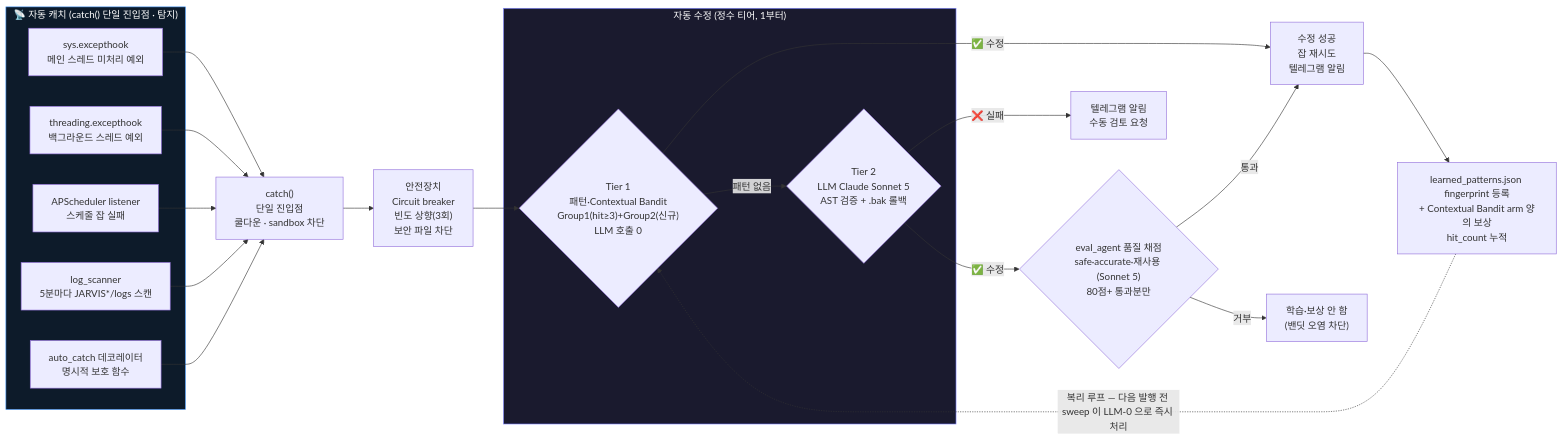
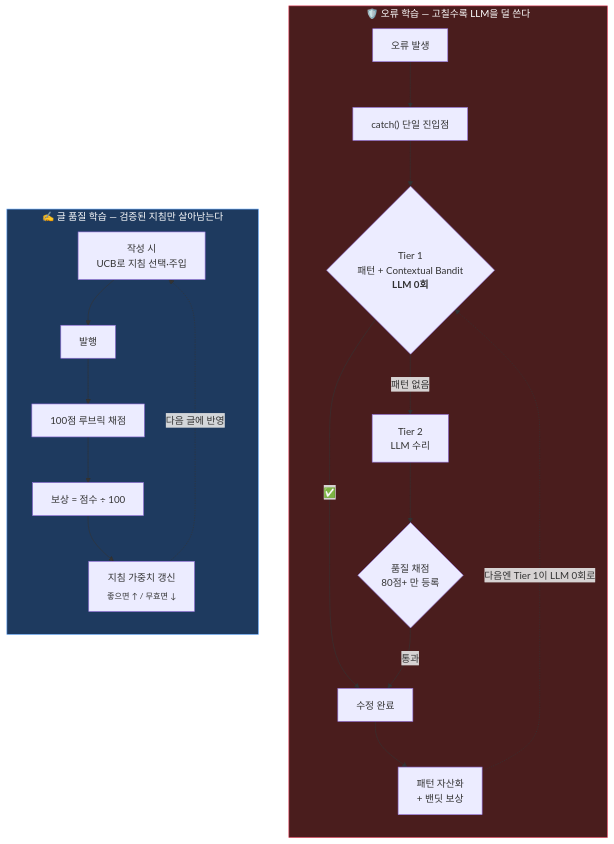
The fifth of 6 diagrams in README.md (youandi3535/jarvis-agent), drawn with Mermaid before and after one commit. The commit also changed other lines of this file and 3 other files, not shown here.

````diff
--- a/README.md
+++ b/README.md
@@ -307,35 +220,26 @@
 ```mermaid
-flowchart LR
-    subgraph CATCH["📡 자동 캐치 (catch() 단일 진입점 · 탐지)"]
-        H1["sys.excepthook\n메인 스레드 미처리 예외"]
-        H2["threading.excepthook\n백그라운드 스레드 예외"]
-        H3["APScheduler listener\n스케줄 잡 실패"]
-        H4["log_scanner\n5분마다 JARVIS*/logs 스캔"]
-        H5["auto_catch 데코레이터\n명시적 보호 함수"]
+flowchart TB
+    subgraph EL["🛡️ 오류 학습 — 고칠수록 LLM을 덜 쓴다"]
+        direction TB
+        E1["오류 발생"] --> E2["catch() 단일 진입점"]
+        E2 --> E3{"Tier 1<br/>패턴 + Contextual Bandit<br/><b>LLM 0회</b>"}
+        E3 -- "패턴 없음" --> E4["Tier 2<br/>LLM 수리"]
+        E3 -- "✅" --> E5["수정 완료"]
+        E4 --> E6{"품질 채점<br/>80점+ 만 등록"}
+        E6 -- "통과" --> E5
+        E5 --> E7["패턴 자산화<br/>+ 밴딧 보상"]
+        E7 -. "다음엔 Tier 1이 LLM 0회로" .-> E3
     end
 
-    H1 & H2 & H3 & H4 & H5 --> C["catch()\n단일 진입점\n쿨다운 · sandbox 차단"]
-
-    C --> SAFE["안전장치\nCircuit breaker\n빈도 상향(3회)\n보안 파일 차단"]
-
-    SAFE --> T1
-
-    subgraph TIERS["자동 수정 (정수 티어, 1부터)"]
-        T1{"Tier 1\n패턴·Contextual Bandit\nGroup1(hit≥3)+Group2(신규)\nLLM 호출 0"}
-        T2{"Tier 2\nLLM Claude Sonnet 5\nAST 검증 + .bak 롤백"}
+    subgraph QL["✍️ 글 품질 학습 — 검증된 지침만 살아남는다"]
+        direction TB
+        Q1["작성 시<br/>UCB로 지침 선택·주입"] --> Q2["발행"]
+        Q2 --> Q3["100점 루브릭 채점"]
+        Q3 --> Q4["보상 = 점수 ÷ 100"]
+        Q4 --> Q5["지침 가중치 갱신<br/><sub>좋으면 ↑ / 무효면 ↓</sub>"]
+        Q5 -. "다음 글에 반영" .-> Q1
     end
 
-    T1 -->|"✅ 수정"| OK
-    T1 -->|"패턴 없음"| T2
-    T2 -->|"✅ 수정"| EVAL{"eval_agent 품질 채점\nsafe·accurate·재사용 (Sonnet 5)\n80점+ 통과분만"}
-    EVAL -->|"통과"| OK
-    EVAL -->|"거부"| DROP["학습·보상 안 함\n(밴딧 오염 차단)"]
-
-    OK["수정 성공\n잡 재시도\n텔레그램 알림"] --> LEARN["learned_patterns.json fingerprint 등록\n+ Contextual Bandit arm 양의 보상\nhit_count 누적"]
-    LEARN -. "복리 루프 — 다음 발행 전 sweep 이 LLM-0 으로 즉시 처리" .-> T1
-
-    T2 -->|"❌ 실패"| ESC["텔레그램 알림\n수동 검토 요청"]
-
-    style CATCH fill:#0d1b2a,stroke:#4a9eff,color:#fff
-    style TIERS fill:#1a1a2e,stroke:#7c83fd,color:#fff
+    style EL fill:#4a1d1d,stroke:#e94560,color:#fff
+    style QL fill:#1e3a5f,stroke:#60a5fa,color:#fff
 ```
````
